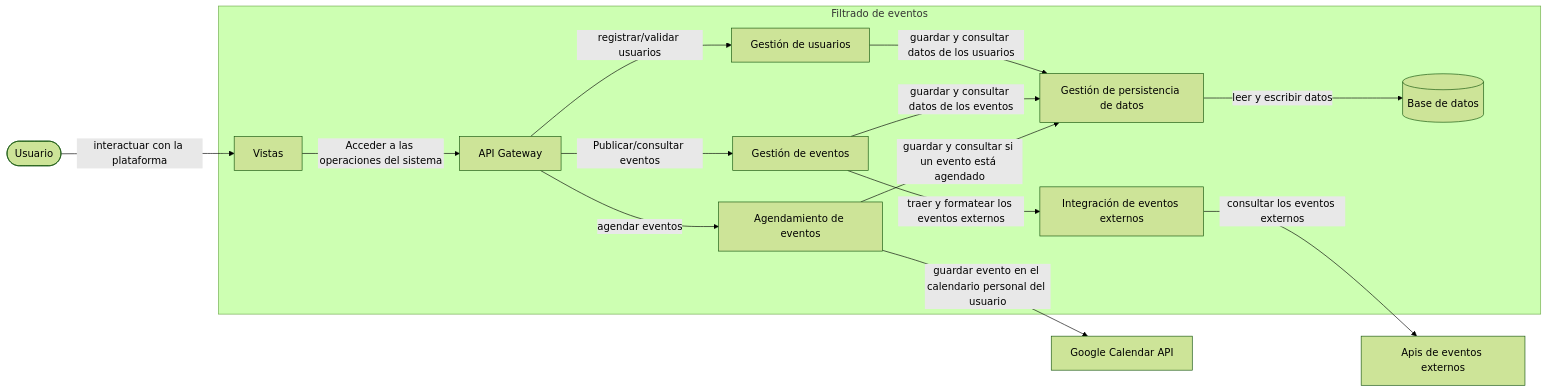
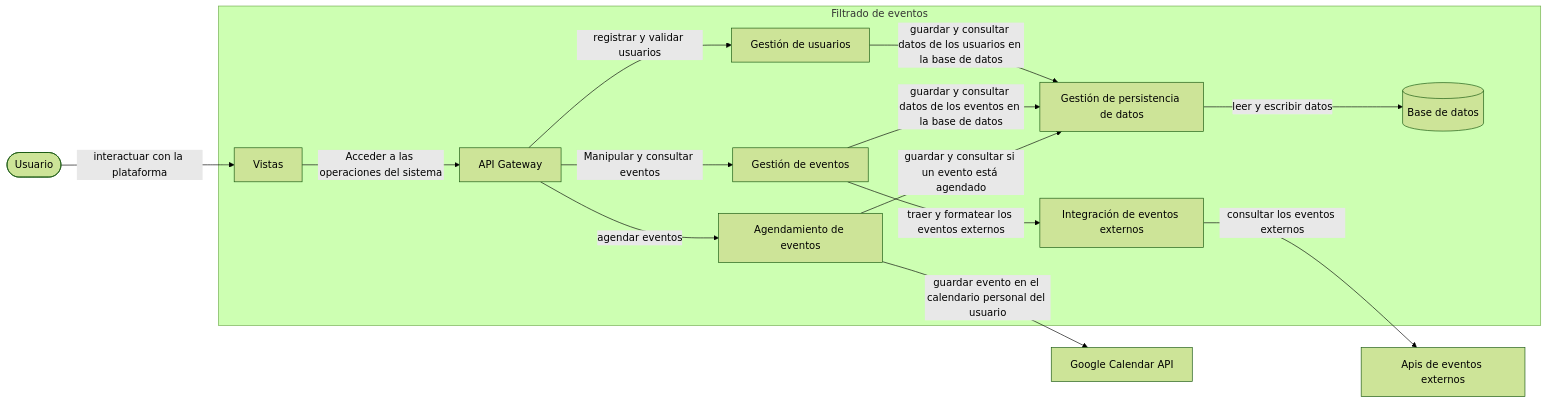
One commit to ProyectPlanning/Sistema_de_eventos changed the first of 2 diagrams in Docs/Diseño/Diseño Arquitectónico detallado 01.md. Above: the diagram before and after it, drawn with Mermaid (forest theme). The commit also changed other lines of this file, not shown here.

Commit message:
Refine API descriptions and responsibilities

````diff
--- a/Docs/Diseño/Diseño Arquitectónico detallado 01.md
+++ b/Docs/Diseño/Diseño Arquitectónico detallado 01.md
@@ -42,36 +42,36 @@
 ```mermaid
 flowchart LR
     U([Usuario])
     EXT["Apis de eventos externos"]
     CAL["Google Calendar API"]
 
     subgraph SYS["Filtrado de eventos"]
         V["Vistas"]
         API["API Gateway"]
         GU["Gestión de usuarios"]
         GE["Gestión de eventos"]
         IE["Integración de eventos externos"]
         AC["Agendamiento de eventos"]
         PD["Gestión de persistencia de datos"]
         DB[("Base de datos")]
 
         V -->|"Acceder a las operaciones del sistema"| API
-        API -->|"registrar/validar usuarios"| GU
-        API -->|"Publicar/consultar eventos"| GE
+        API -->|"registrar y validar usuarios"| GU
+        API -->|"Manipular y consultar eventos"| GE
         API -->|"agendar eventos"| AC
 
         GE -->|"traer y formatear los eventos externos"| IE
         
 
-        GU -->|"guardar y consultar datos de los usuarios"| PD
-        GE -->|"guardar y consultar datos de los eventos"| PD
+        GU -->|"guardar y consultar datos de los usuarios en la base de datos"| PD
+        GE -->|"guardar y consultar datos de los eventos en la base de datos"| PD
         AC -->|"guardar y consultar si un evento está agendado"| PD
 
         PD -->|"leer y escribir datos"| DB
     end
 
     U -->|"interactuar con la plataforma"| V
     AC -->|"guardar evento en el calendario personal del usuario"| CAL
     IE -->|"consultar los eventos externos"| EXT
 
 ```
````
